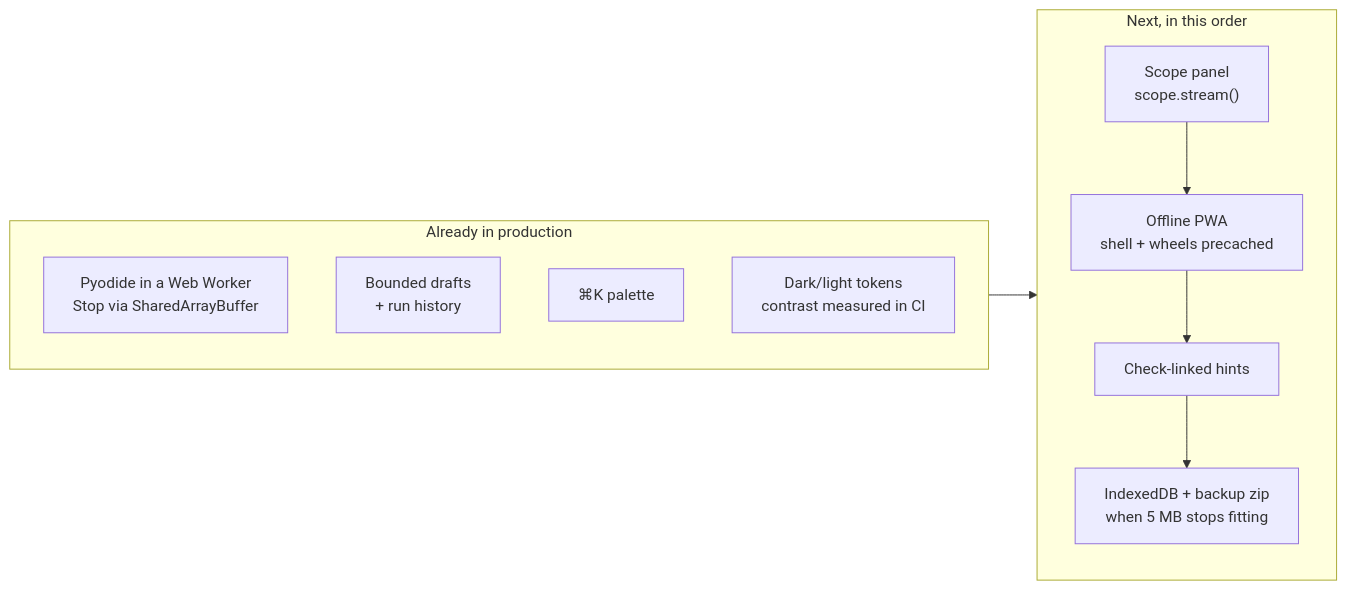
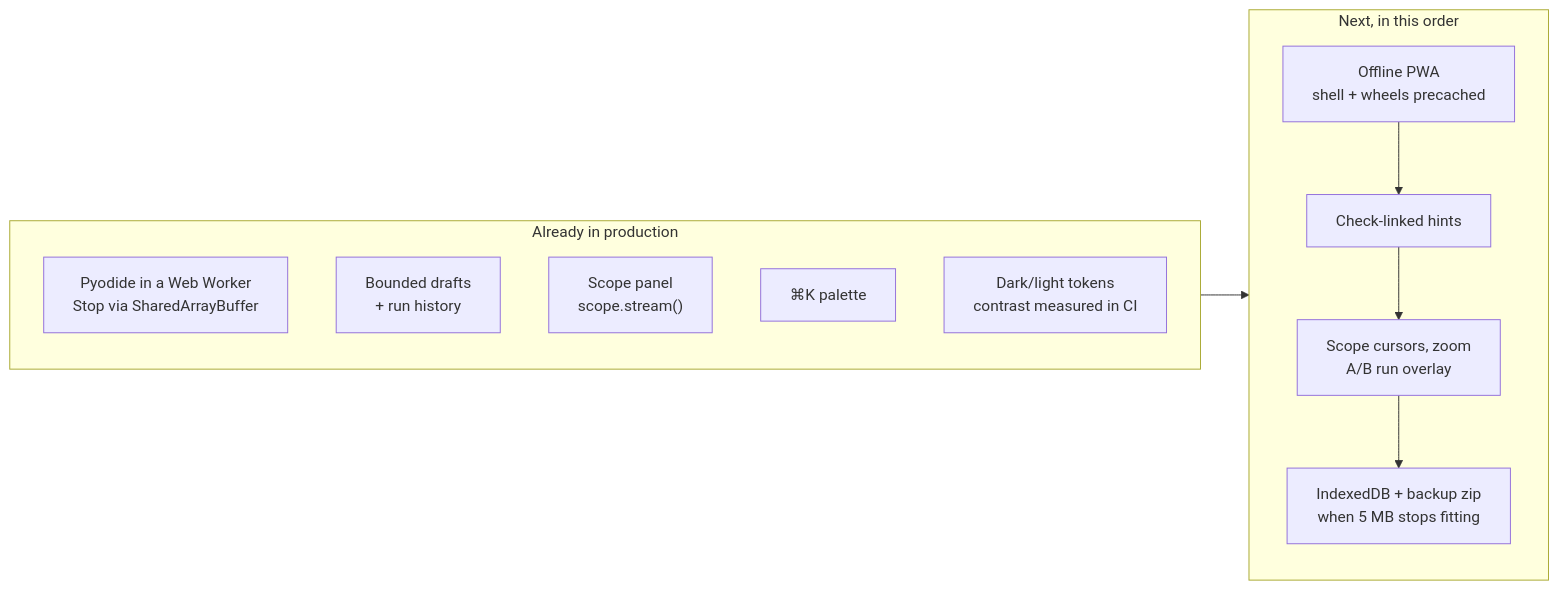
Before and after one commit to TLE47/Mechatronics-Roadmap: the diagram in docs/PLAN-2.0-GAP.md, drawn with Mermaid. The commit also changed other lines of this file and 10 other files, not shown here.

First line of the commit message:
Let a run draw its own signal in a Scope panel

````diff
--- a/docs/PLAN-2.0-GAP.md
+++ b/docs/PLAN-2.0-GAP.md
@@ -8,15 +8,16 @@
 ```mermaid
 flowchart LR
     subgraph shipped["Already in production"]
         W["Pyodide in a Web Worker<br/>Stop via SharedArrayBuffer"]
         D["Bounded drafts<br/>+ run history"]
+        S["Scope panel<br/>scope.stream()"]
         P["⌘K palette"]
         T["Dark/light tokens<br/>contrast measured in CI"]
     end
     subgraph next["Next, in this order"]
-        S["Scope panel<br/>scope.stream()"] --> O["Offline PWA<br/>shell + wheels precached"]
-        O --> H["Check-linked hints"]
-        H --> X["IndexedDB + backup zip<br/>when 5 MB stops fitting"]
+        O["Offline PWA<br/>shell + wheels precached"] --> H["Check-linked hints"]
+        H --> A["Scope cursors, zoom<br/>A/B run overlay"]
+        A --> X["IndexedDB + backup zip<br/>when 5 MB stops fitting"]
     end
     shipped --> next
 ```
````
